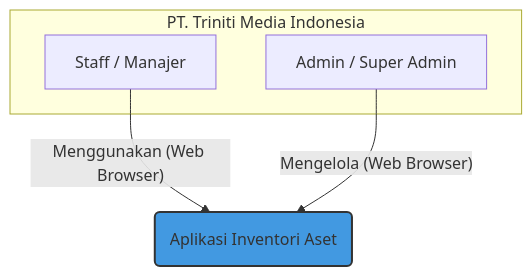
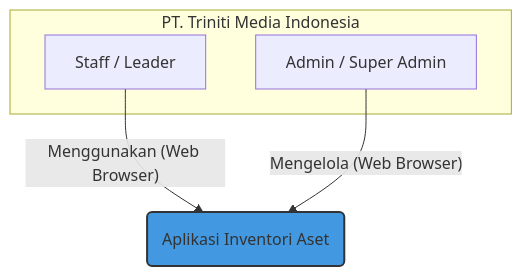
The first of 2 diagrams in Docs/FINAL_REPORT.md (Asamaludi26/Inventory), drawn with Mermaid before and after one commit. The commit also changed other lines of this file and 35 other files, not shown here.

````diff
--- a/Docs/FINAL_REPORT.md
+++ b/Docs/FINAL_REPORT.md
@@ -199,14 +200,14 @@
 ```mermaid
 graph TD
     subgraph "PT. Triniti Media Indonesia"
-        A[Staff / Manajer]
+        A[Staff / Leader]
         B[Admin / Super Admin]
     end
 
     C(Aplikasi Inventori Aset)
 
     A -- "Menggunakan (Web Browser)" --> C
     B -- "Mengelola (Web Browser)" --> C
 
     style C fill:#4299e1,stroke:#333,stroke-width:2px
 ```
````
